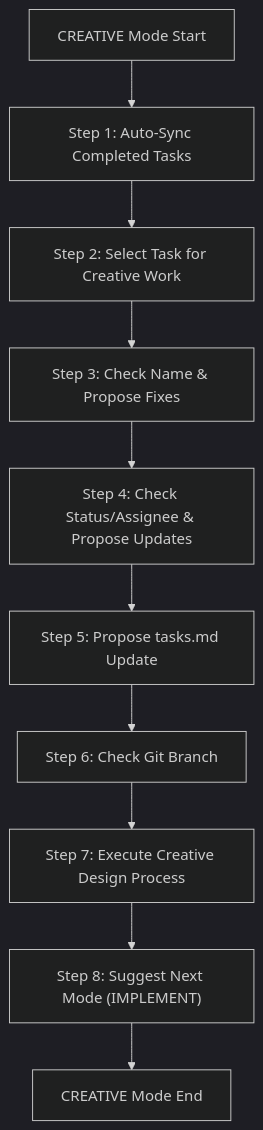
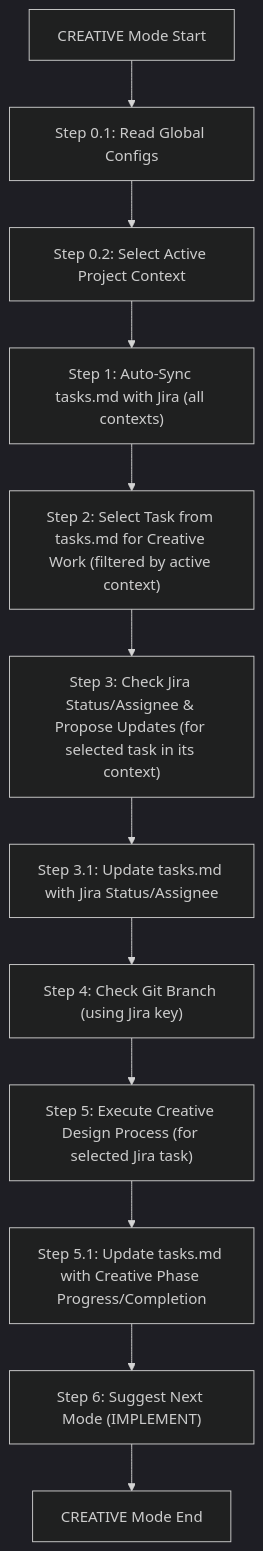
Before and after one commit to ms-moar/cursor-tools: the first of 3 diagrams in .cursor/rules/isolation_rules/visual-maps/creative-mode-map.mdc, drawn with Mermaid (dark theme). The commit also changed other lines of this file and 4 other files, not shown here.

````diff
--- a/.cursor/rules/isolation_rules/visual-maps/creative-mode-map.mdc
+++ b/.cursor/rules/isolation_rules/visual-maps/creative-mode-map.mdc
@@ -12,12 +12,14 @@
 ```mermaid
 graph TD
-    Start["CREATIVE Mode Start"] --> AutoSync["Step 1: Auto-Sync Completed Tasks"]
-    AutoSync --> TaskSelect["Step 2: Select Task for Creative Work"]
-    TaskSelect --> CheckName["Step 3: Check Name & Propose Fixes"]
-    CheckName --> CheckStatusAssignee["Step 4: Check Status/Assignee & Propose Updates"]
-    CheckStatusAssignee --> UpdateTasksMD["Step 5: Propose tasks.md Update"]
-    UpdateTasksMD --> GitCheck["Step 6: Check Git Branch"]
-    GitCheck --> CreativeWork["Step 7: Execute Creative Design Process"]
-    CreativeWork --> SuggestNext["Step 8: Suggest Next Mode (IMPLEMENT)"]
+    Start["CREATIVE Mode Start"] --> ReadGlobalConfig["Step 0.1: Read Global Configs"]
+    ReadGlobalConfig --> SelectActiveContext["Step 0.2: Select Active Project Context"]
+    SelectActiveContext --> AutoSyncTasksMD["Step 1: Auto-Sync tasks.md with Jira (all contexts)"]
+    AutoSyncTasksMD --> TaskSelect["Step 2: Select Task from tasks.md for Creative Work (filtered by active context)"]
+    TaskSelect --> JiraStatusAssigneeCheck["Step 3: Check Jira Status/Assignee & Propose Updates (for selected task in its context)"]
+    JiraStatusAssigneeCheck --> UpdateTasksMDWithJiraStatus["Step 3.1: Update tasks.md with Jira Status/Assignee"]
+    UpdateTasksMDWithJiraStatus --> GitCheck["Step 4: Check Git Branch (using Jira key)"]
+    GitCheck --> CreativeWork["Step 5: Execute Creative Design Process (for selected Jira task)"]
+    CreativeWork --> UpdateTasksMDWithCreativeProgress["Step 5.1: Update tasks.md with Creative Phase Progress/Completion"]
+    UpdateTasksMDWithCreativeProgress --> SuggestNext["Step 6: Suggest Next Mode (IMPLEMENT)"]
     SuggestNext --> End["CREATIVE Mode End"]
 ```
````
